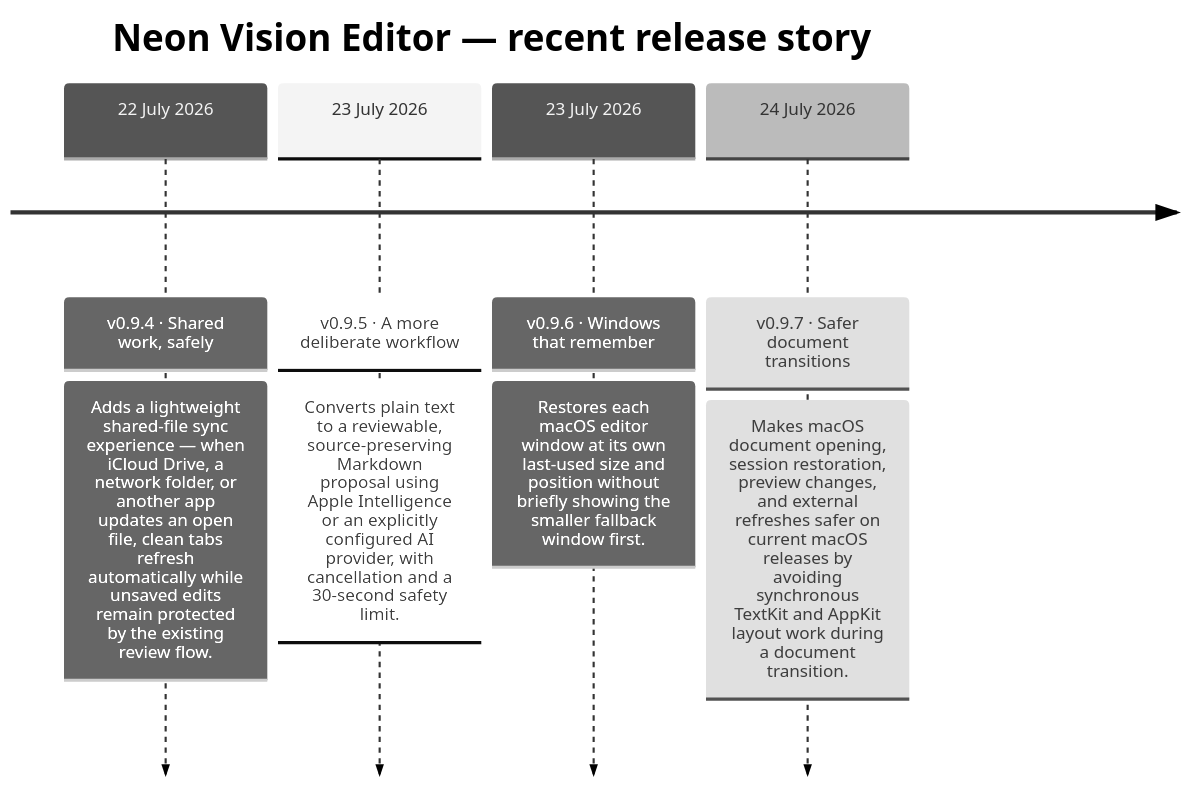
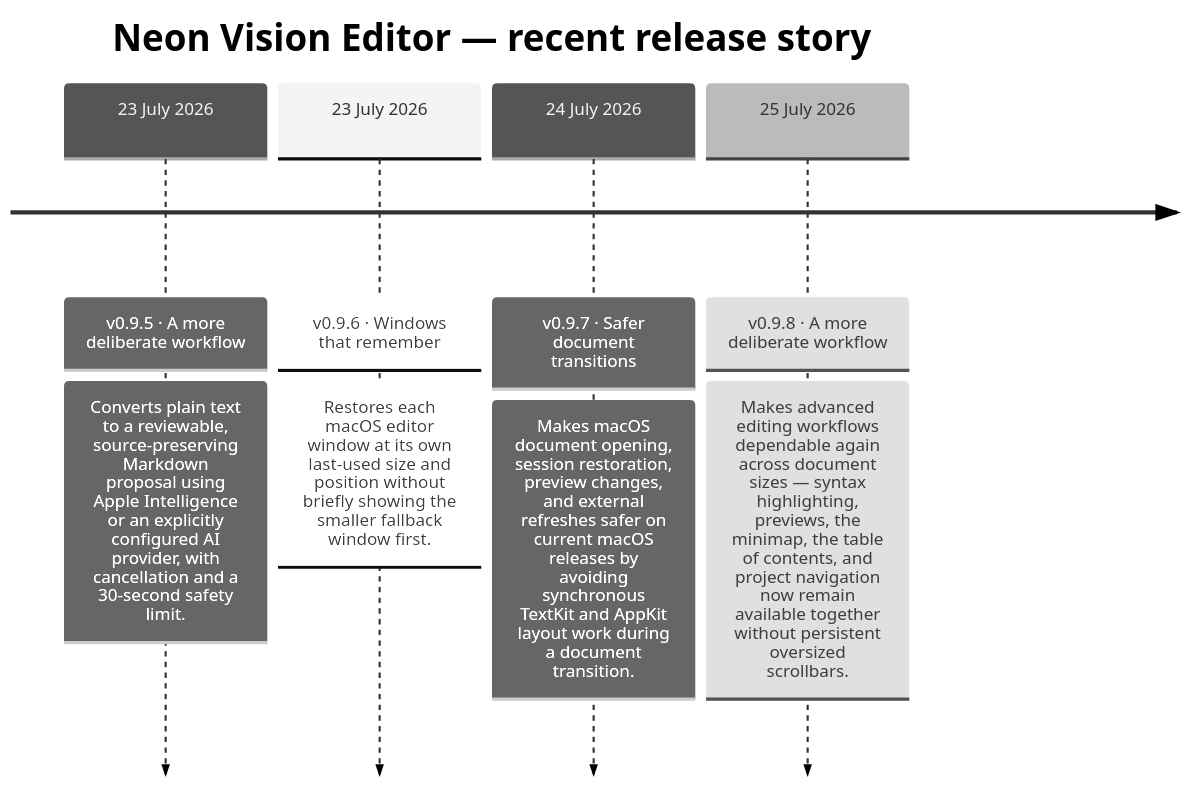
One commit to h3pdesign/Neon-Vision-Editor changed the second of 2 diagrams in README.md. Above: the diagram before and after it, drawn with Mermaid (neutral theme). The commit also changed other lines of this file and 4 other files, not shown here.

````diff
--- a/README.md
+++ b/README.md
@@ -763,12 +767,12 @@
 ```mermaid
 timeline
     title Neon Vision Editor — recent release story
-    22 July 2026 : v0.9.4 · Shared work, safely
-                : Adds a lightweight shared-file sync experience — when iCloud Drive, a network folder, or another app updates an open file, clean tabs refresh automatically while unsaved edits remain protected by the existing review flow.
     23 July 2026 : v0.9.5 · A more deliberate workflow
                 : Converts plain text to a reviewable, source-preserving Markdown proposal using Apple Intelligence or an explicitly configured AI provider, with cancellation and a 30-second safety limit.
     23 July 2026 : v0.9.6 · Windows that remember
                 : Restores each macOS editor window at its own last-used size and position without briefly showing the smaller fallback window first.
     24 July 2026 : v0.9.7 · Safer document transitions
                 : Makes macOS document opening, session restoration, preview changes, and external refreshes safer on current macOS releases by avoiding synchronous TextKit and AppKit layout work during a document transition.
+    25 July 2026 : v0.9.8 · A more deliberate workflow
+                : Makes advanced editing workflows dependable again across document sizes — syntax highlighting, previews, the minimap, the table of contents, and project navigation now remain available together without persistent oversized scrollbars.
 ```
````
